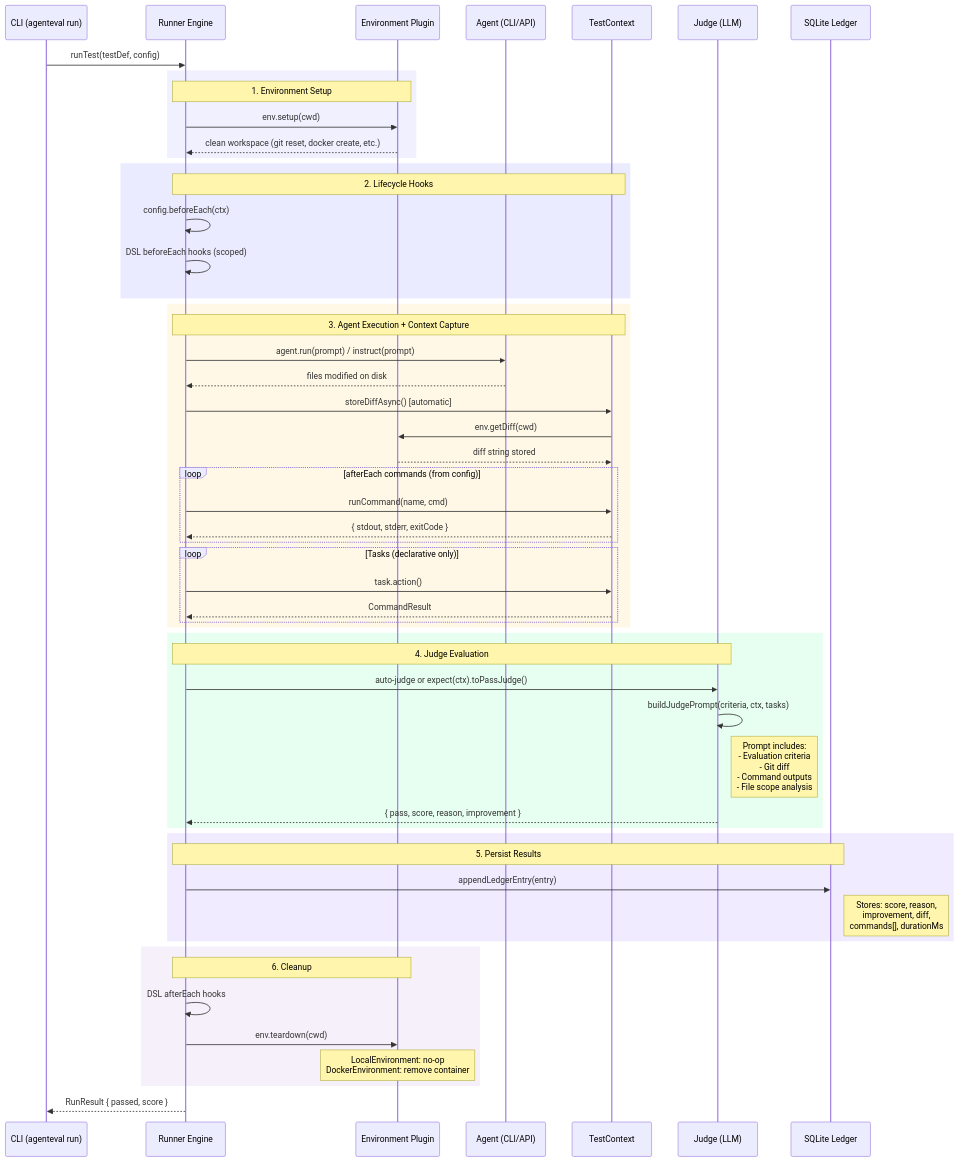
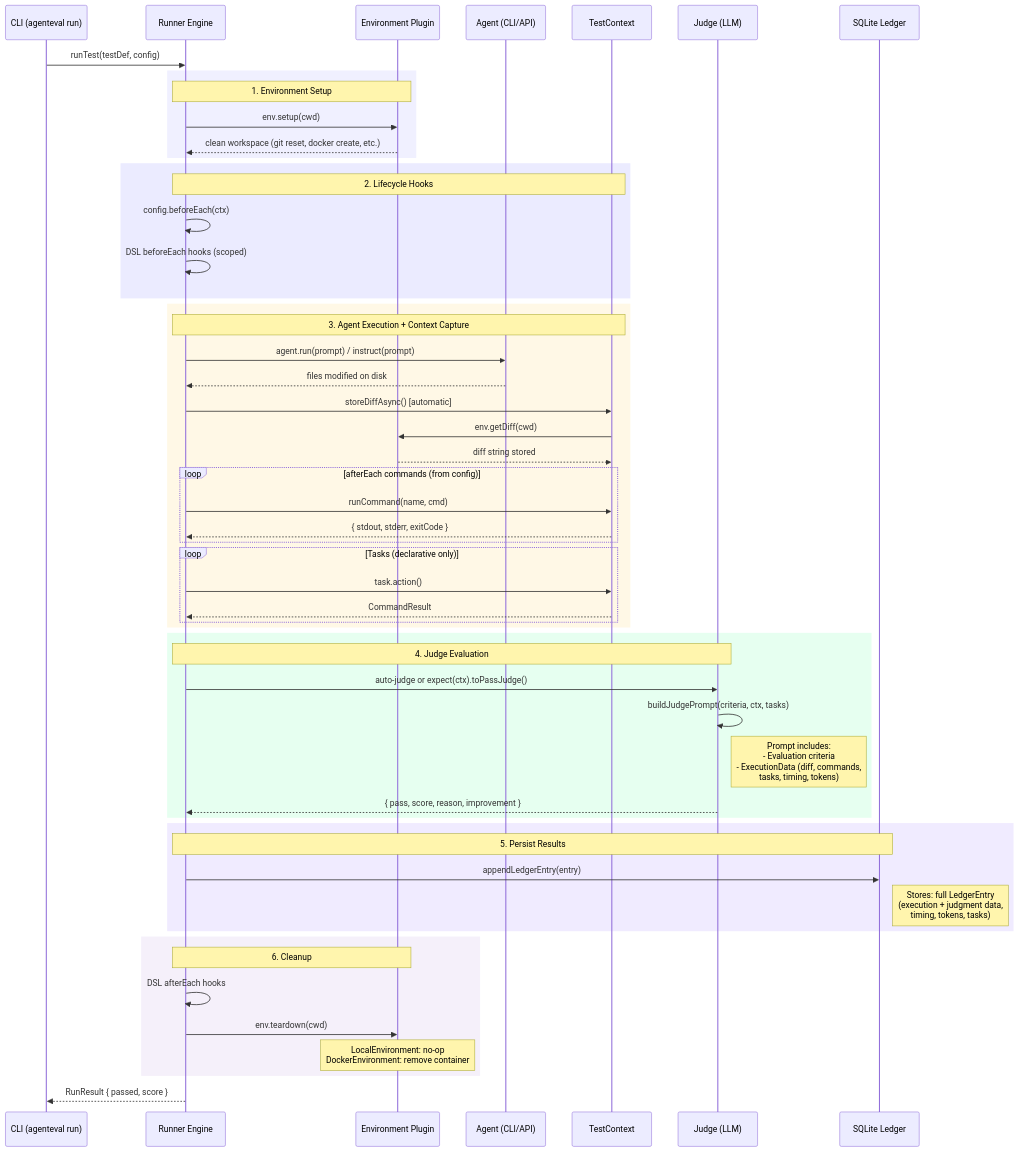
One commit to Tlahey/agent-eval changed the third of 5 diagrams in apps/docs/guide/architecture.md. Above: the diagram before and after it, drawn with Mermaid. The commit also changed other lines of this file and 11 other files, not shown here.

First line of the commit message:
docs: comprehensive documentation update for plugin architecture

````diff
--- a/apps/docs/guide/architecture.md
+++ b/apps/docs/guide/architecture.md
@@ -166,66 +178,66 @@
 ```mermaid
 sequenceDiagram
     participant CLI as CLI (agenteval run)
     participant Runner as Runner Engine
     participant Git as Environment Plugin
     participant Agent as Agent (CLI/API)
     participant Ctx as TestContext
     participant Judge as Judge (LLM)
     participant Ledger as SQLite Ledger
 
     CLI->>Runner: runTest(testDef, config)
 
     rect rgb(240, 240, 255)
         Note over Runner,Git: 1. Environment Setup
         Runner->>Git: env.setup(cwd)
         Git-->>Runner: clean workspace (git reset, docker create, etc.)
     end
 
     rect rgb(235, 235, 255)
         Note over Runner,Ctx: 2. Lifecycle Hooks
         Runner->>Runner: config.beforeEach(ctx)
         Runner->>Runner: DSL beforeEach hooks (scoped)
     end
 
     rect rgb(255, 248, 230)
         Note over Runner,Ctx: 3. Agent Execution + Context Capture
         Runner->>Agent: agent.run(prompt) / instruct(prompt)
         Agent-->>Runner: files modified on disk
         Runner->>Ctx: storeDiffAsync() [automatic]
         Ctx->>Git: env.getDiff(cwd)
         Git-->>Ctx: diff string stored
 
         loop afterEach commands (from config)
             Runner->>Ctx: runCommand(name, cmd)
             Ctx-->>Runner: { stdout, stderr, exitCode }
         end
 
         loop Tasks (declarative only)
             Runner->>Ctx: task.action()
             Ctx-->>Runner: CommandResult
         end
     end
 
     rect rgb(230, 255, 240)
         Note over Runner,Judge: 4. Judge Evaluation
         Runner->>Judge: auto-judge or expect(ctx).toPassJudge()
         Judge->>Judge: buildJudgePrompt(criteria, ctx, tasks)
-        Note right of Judge: Prompt includes:<br/>- Evaluation criteria<br/>- Git diff<br/>- Command outputs<br/>- File scope analysis
+        Note right of Judge: Prompt includes:<br/>- Evaluation criteria<br/>- ExecutionData (diff, commands,<br/>tasks, timing, tokens)
         Judge-->>Runner: { pass, score, reason, improvement }
     end
 
     rect rgb(240, 235, 255)
         Note over Runner,Ledger: 5. Persist Results
         Runner->>Ledger: appendLedgerEntry(entry)
-        Note right of Ledger: Stores: score, reason,<br/>improvement, diff,<br/>commands[], durationMs
+        Note right of Ledger: Stores: full LedgerEntry<br/>(execution + judgment data,<br/>timing, tokens, tasks)
     end
 
     rect rgb(245, 240, 250)
         Note over Runner,Git: 6. Cleanup
         Runner->>Runner: DSL afterEach hooks
         Runner->>Git: env.teardown(cwd)
         Note over Git: LocalEnvironment: no-op<br/>DockerEnvironment: remove container
     end
 
     Runner-->>CLI: RunResult { passed, score }
 ```
````
